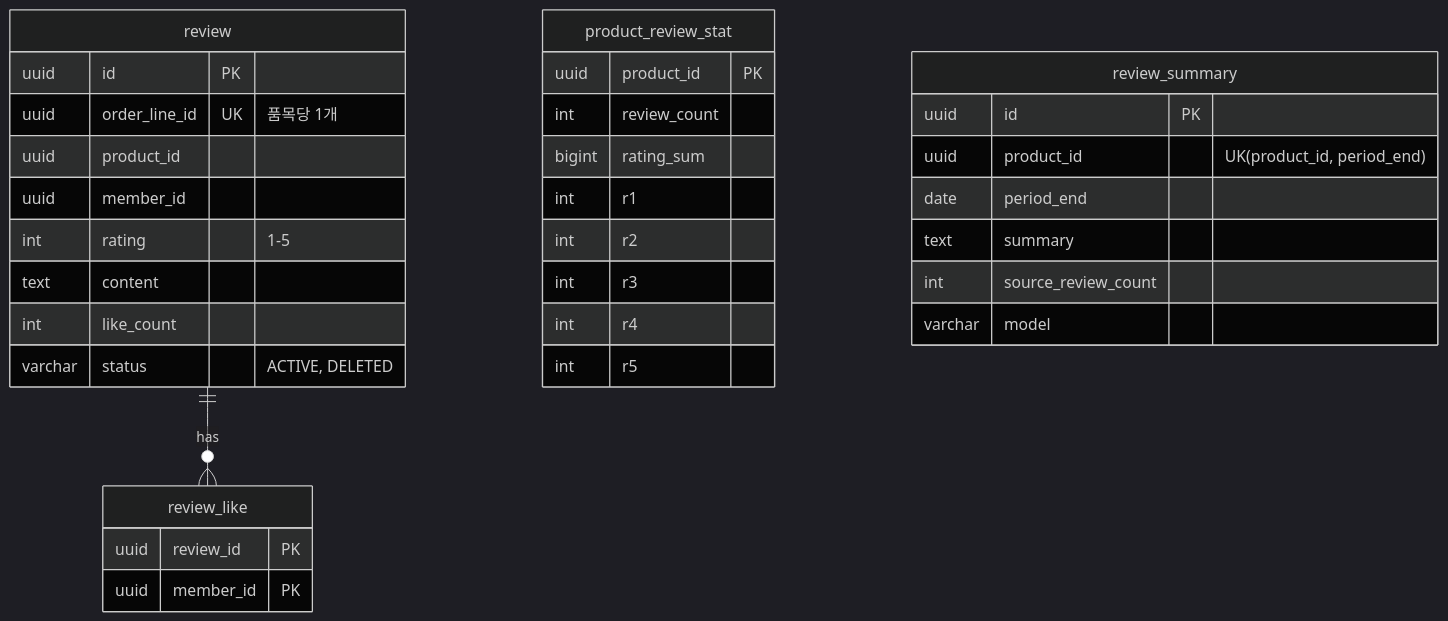
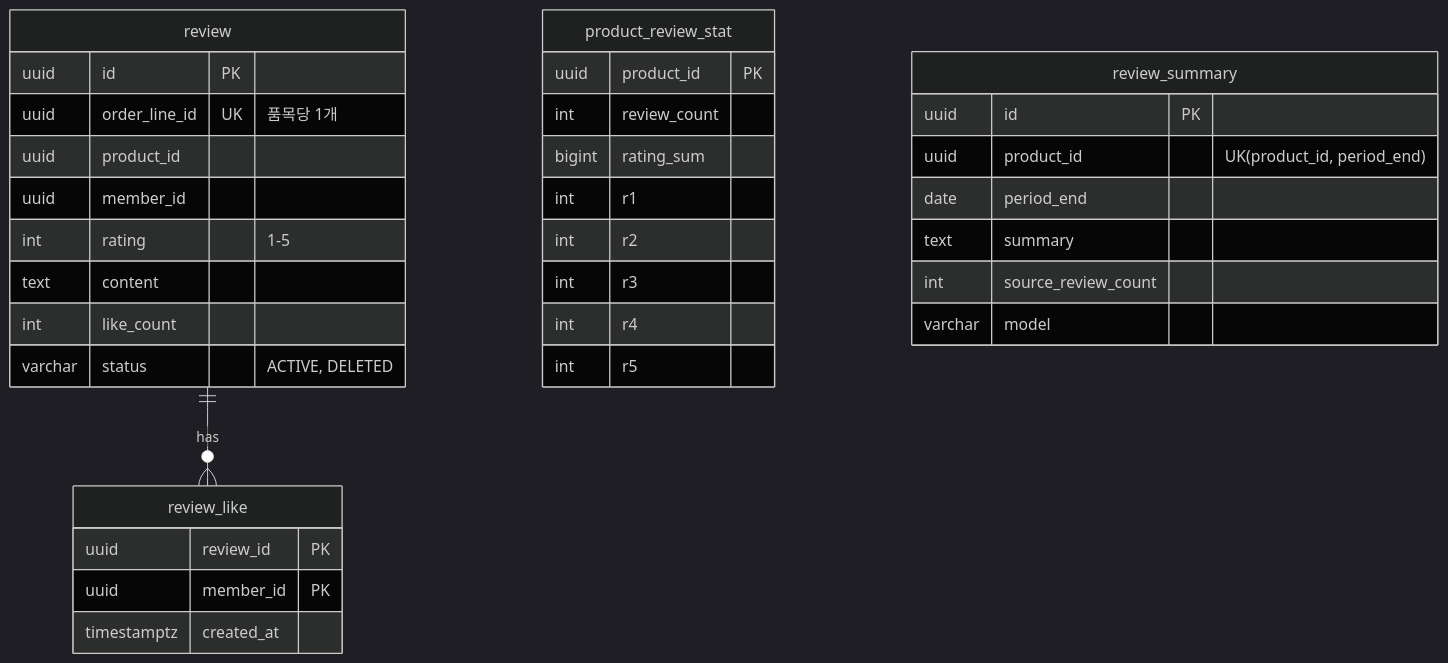
Before and after one commit to 95twan/myroutine-v2: the seventh of 10 diagrams in docs/02-design/03-erd.md, drawn with Mermaid (dark theme). The commit also changed other lines of this file and 44 other files, not shown here.

````diff
--- a/docs/02-design/03-erd.md
+++ b/docs/02-design/03-erd.md
@@ -345,36 +346,37 @@
 ```mermaid
 erDiagram
   review ||--o{ review_like : has
   review {
     uuid id PK
     uuid order_line_id UK "품목당 1개"
     uuid product_id
     uuid member_id
     int rating "1-5"
     text content
     int like_count
     varchar status "ACTIVE, DELETED"
   }
   review_like {
     uuid review_id PK
     uuid member_id PK
+    timestamptz created_at
   }
   product_review_stat {
     uuid product_id PK
     int review_count
     bigint rating_sum
     int r1
     int r2
     int r3
     int r4
     int r5
   }
   review_summary {
     uuid id PK
     uuid product_id "UK(product_id, period_end)"
     date period_end
     text summary
     int source_review_count
     varchar model
   }
 ```
````
